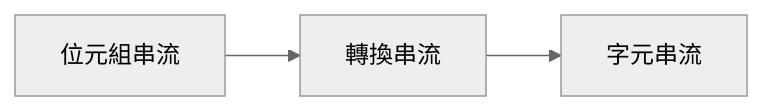
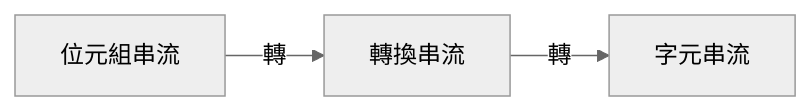
One commit to newcici7777/newcici7777.github.io changed the diagram in _pages/java/socket_writer.md. Above: the diagram before and after it, drawn with Mermaid (neutral theme). The commit also changed other lines of this file and 402 other files, not shown here.

````diff
--- a/_pages/java/socket_writer.md
+++ b/_pages/java/socket_writer.md
@@ -20,4 +20,4 @@
 ```mermaid
 flowchart LR
-    位元組串流 --> 轉換串流 --> 字元串流
+    位元組串流 -- 轉 --> 轉換串流 -- 轉 --> 字元串流
 ```
````
